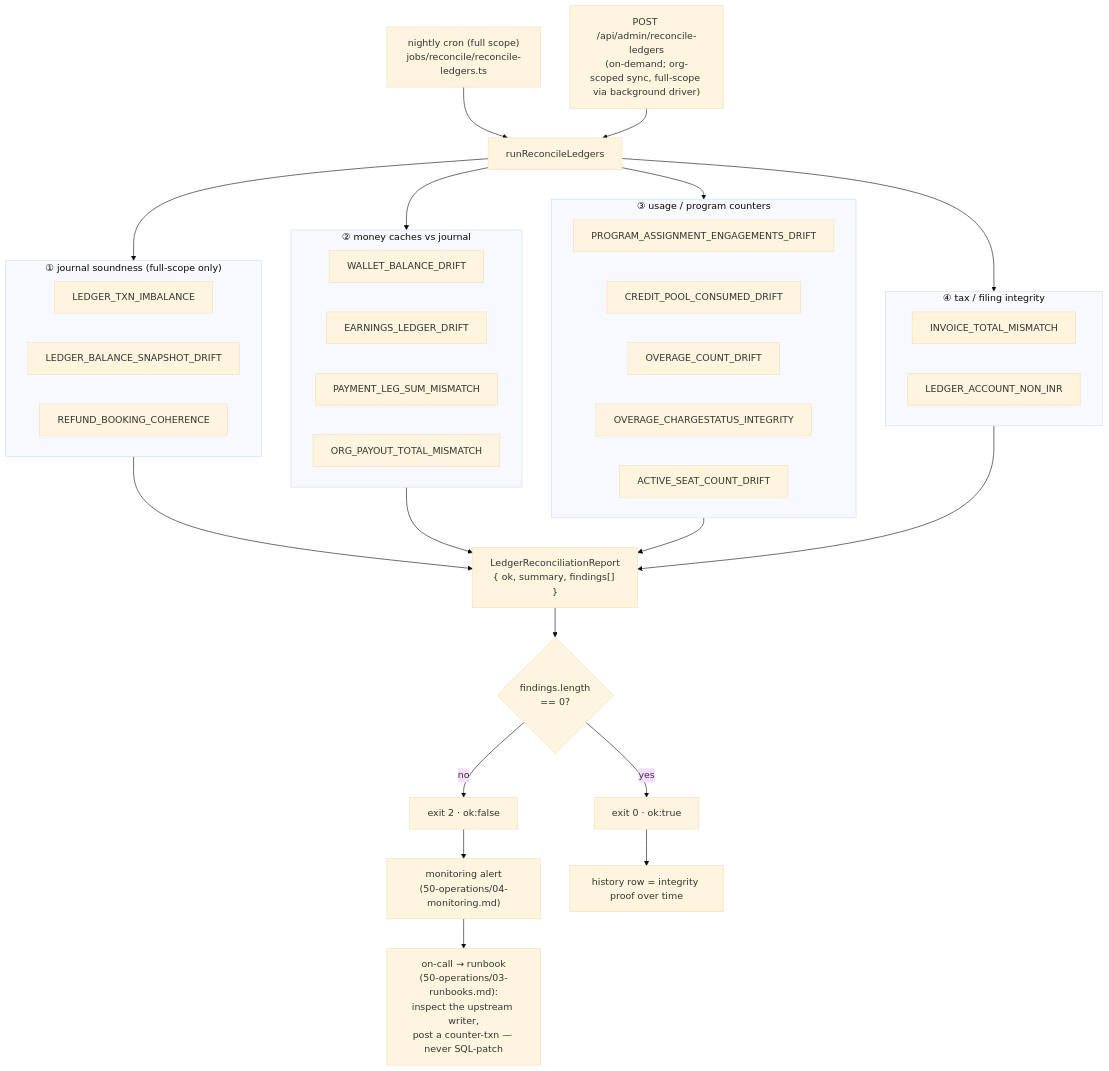
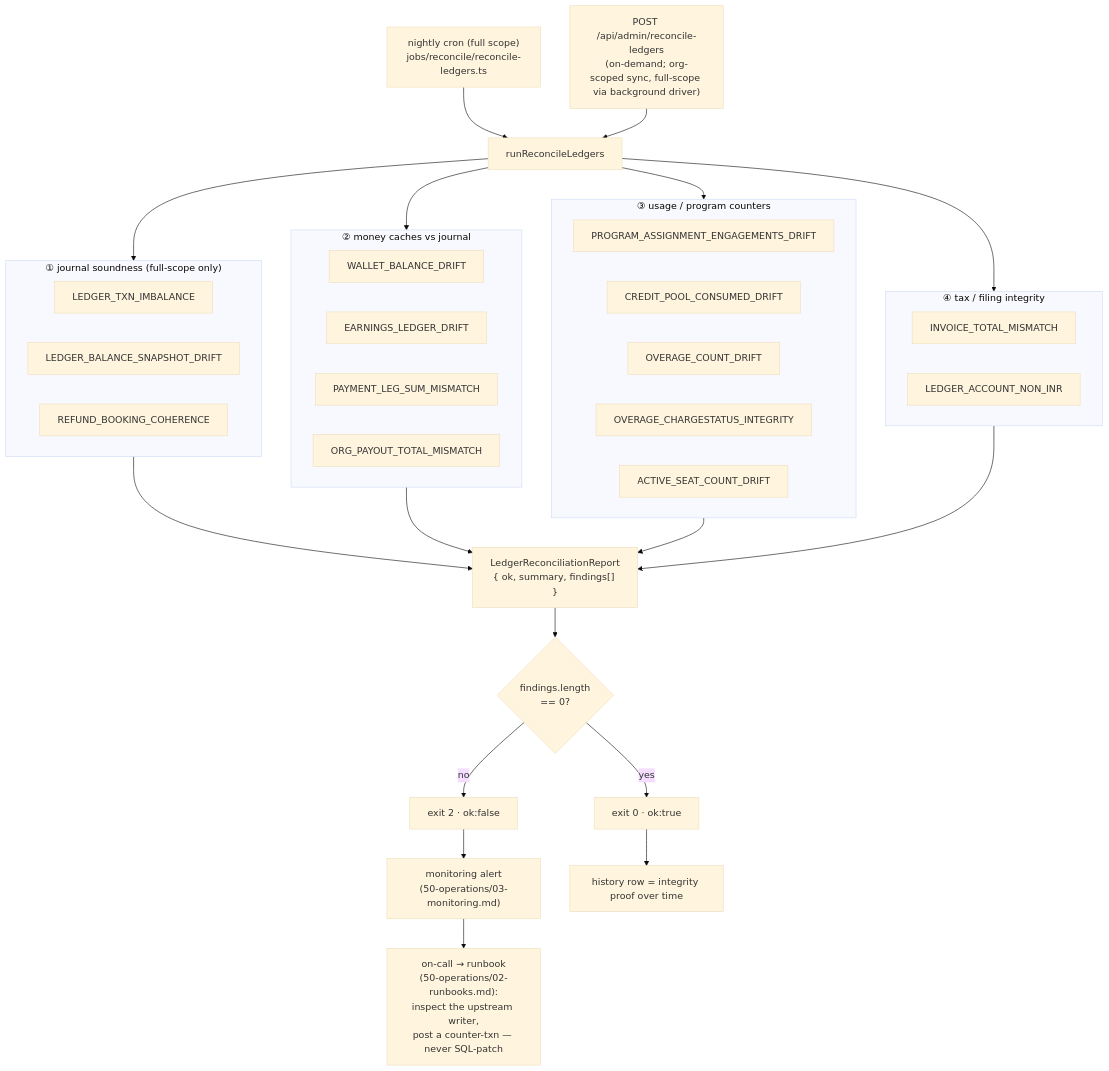
Before and after one commit to Practitionist/familiarise_web: the second of 2 diagrams in docs/enterprise/10-money-and-ledger/13-ledger-integrity.md, drawn with Mermaid (base theme). The commit also changed other lines of this file and 142 other files, not shown here.

Commit message:
chore(arch): address CodeRabbit review, enforce Zod schemas, 85/15 docs & contiguous numbering

````diff
--- a/docs/enterprise/10-money-and-ledger/13-ledger-integrity.md
+++ b/docs/enterprise/10-money-and-ledger/13-ledger-integrity.md
@@ -62,38 +62,38 @@
 ```mermaid
 flowchart TD
   CRON["nightly cron (full scope)<br/>jobs/reconcile/reconcile-ledgers.ts"] --> RUN["runReconcileLedgers"]
   ADMIN["POST /api/admin/reconcile-ledgers<br/>(on-demand; org-scoped sync, full-scope via background driver)"] --> RUN
   RUN --> G1
   RUN --> G2
   RUN --> G3
   RUN --> G4
   subgraph G1["① journal soundness (full-scope only)"]
     LTI["LEDGER_TXN_IMBALANCE"]
     LBS["LEDGER_BALANCE_SNAPSHOT_DRIFT"]
     RBC["REFUND_BOOKING_COHERENCE"]
   end
   subgraph G2["② money caches vs journal"]
     WBD["WALLET_BALANCE_DRIFT"]
     ELD["EARNINGS_LEDGER_DRIFT"]
     PLS["PAYMENT_LEG_SUM_MISMATCH"]
     OPT["ORG_PAYOUT_TOTAL_MISMATCH"]
   end
   subgraph G3["③ usage / program counters"]
     PAE["PROGRAM_ASSIGNMENT_ENGAGEMENTS_DRIFT"]
     CPC["CREDIT_POOL_CONSUMED_DRIFT"]
     OCD["OVERAGE_COUNT_DRIFT"]
     OCI["OVERAGE_CHARGESTATUS_INTEGRITY"]
     ASC["ACTIVE_SEAT_COUNT_DRIFT"]
   end
   subgraph G4["④ tax / filing integrity"]
     ITM["INVOICE_TOTAL_MISMATCH"]
     NIN["LEDGER_ACCOUNT_NON_INR"]
   end
   G1 & G2 & G3 & G4 --> RPT["LedgerReconciliationReport<br/>{ ok, summary, findings[] }"]
   RPT --> OK{"findings.length<br/>== 0?"}
   OK -- yes --> CLEAN["exit 0 · ok:true"]
   OK -- no --> PAGE["exit 2 · ok:false"]
-  PAGE --> MON["monitoring alert<br/>(50-operations/04-monitoring.md)"]
-  MON --> ONCALL["on-call → runbook<br/>(50-operations/03-runbooks.md):<br/>inspect the upstream writer,<br/>post a counter-txn — never SQL-patch"]
+  PAGE --> MON["monitoring alert<br/>(50-operations/03-monitoring.md)"]
+  MON --> ONCALL["on-call → runbook<br/>(50-operations/02-runbooks.md):<br/>inspect the upstream writer,<br/>post a counter-txn — never SQL-patch"]
   CLEAN --> AUDIT["history row = integrity proof over time"]
 ```
````
